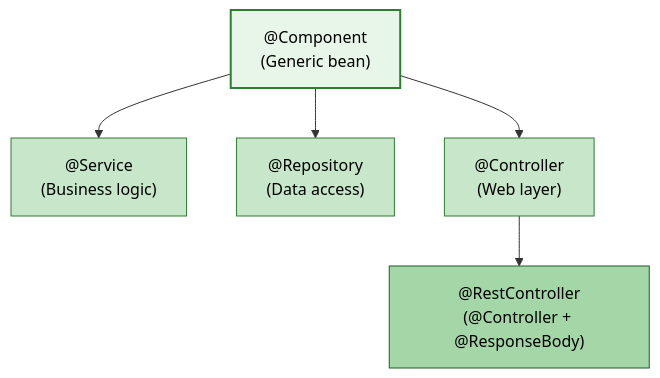
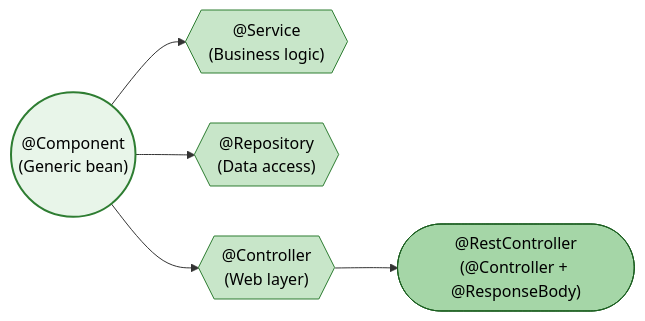
One commit to saivamsikaruturi/vamsilabs-dev-notes-main changed the second of 2 diagrams in docs/springboot/Annotations.md. Above: the diagram before and after it, drawn with Mermaid. The commit also changed other lines of this file and 146 other files, not shown here.

Commit message:
Horizontal diagrams, UML class diagrams, typography overhaul, and permalink cleanup

````diff
--- a/docs/springboot/Annotations.md
+++ b/docs/springboot/Annotations.md
@@ -64,14 +67,14 @@
 ```mermaid
-flowchart TD
-    C["@Component<br/>(Generic bean)"]
-    C --> S["@Service<br/>(Business logic)"]
-    C --> R["@Repository<br/>(Data access)"]
-    C --> Ctrl["@Controller<br/>(Web layer)"]
-    Ctrl --> RC["@RestController<br/>(@Controller + @ResponseBody)"]
+flowchart LR
+    C(("@Component<br/>(Generic bean)"))
+    C --> S{{"@Service<br/>(Business logic)"}}
+    C --> R{{"@Repository<br/>(Data access)"}}
+    C --> Ctrl{{"@Controller<br/>(Web layer)"}}
+    Ctrl --> RC(["@RestController<br/>(@Controller + @ResponseBody)"])
 
     style C fill:#E8F5E9,stroke:#2E7D32,stroke-width:2px,color:#000
     style S fill:#C8E6C9,stroke:#2E7D32,color:#000
     style R fill:#C8E6C9,stroke:#2E7D32,color:#000
     style Ctrl fill:#C8E6C9,stroke:#2E7D32,color:#000
     style RC fill:#A5D6A7,stroke:#1B5E20,color:#000
 ```
````
